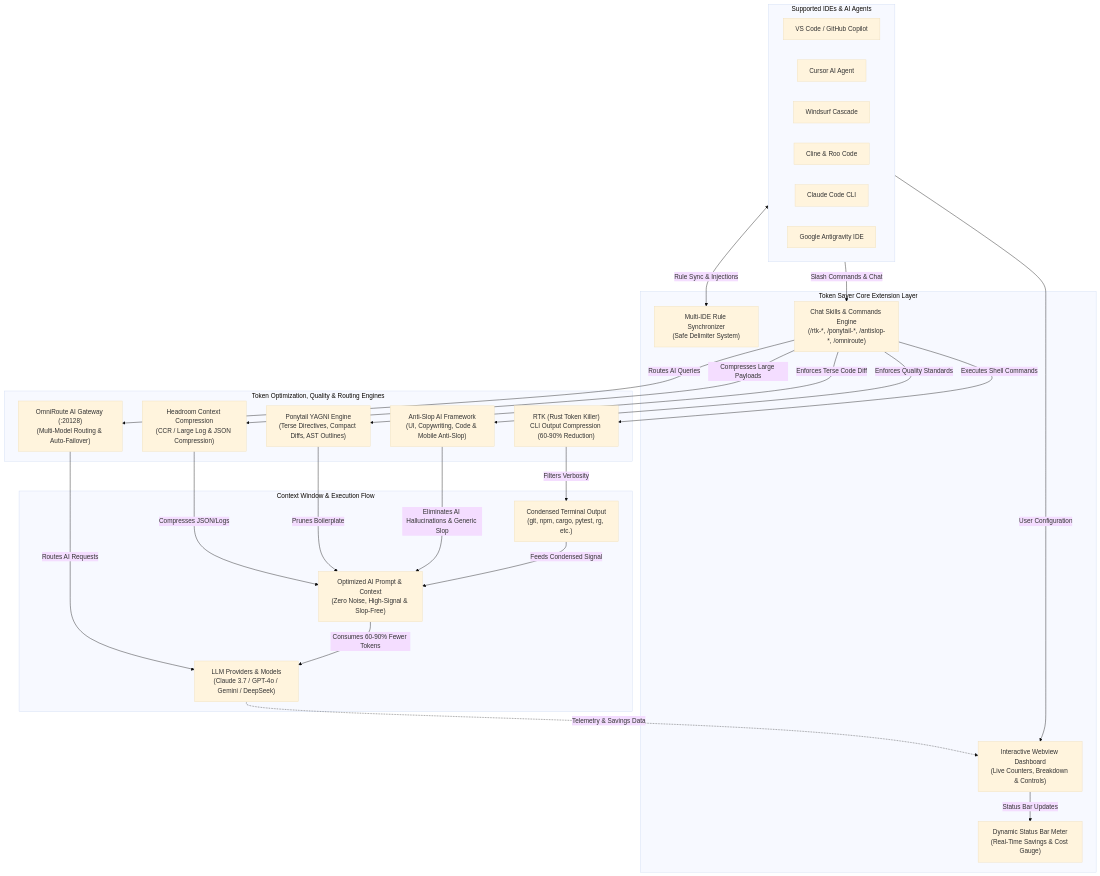
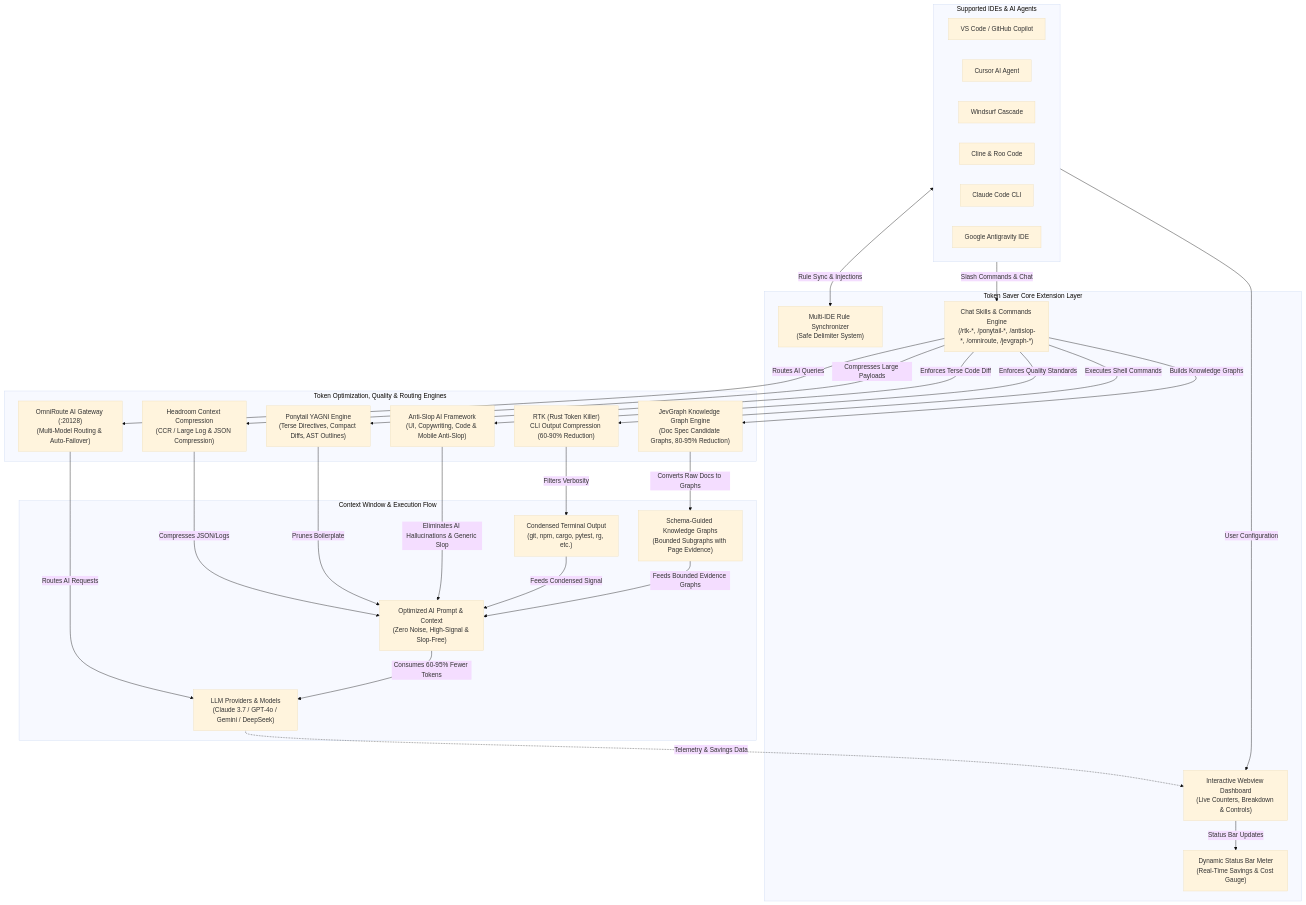
Before and after one commit to terenceooi99/token-saver-rtk-ide: the diagram in README.md, drawn with Mermaid (base theme). The commit also changed other lines of this file and 21 other files, not shown here.

Commit message:
feat: add JevGraph knowledge graph integration and modular service architecture for IDE token savings

````diff
--- a/README.md
+++ b/README.md
@@ -23,54 +23,59 @@
 ```mermaid
 flowchart TD
     subgraph IDEs ["Supported IDEs & AI Agents"]
         VSCode["VS Code / GitHub Copilot"]
         Cursor["Cursor AI Agent"]
         Windsurf["Windsurf Cascade"]
         ClineRoo["Cline & Roo Code"]
         Claude["Claude Code CLI"]
         Antigravity["Google Antigravity IDE"]
     end
 
     subgraph TokenSaver ["Token Saver Core Extension Layer"]
         RuleSync["Multi-IDE Rule Synchronizer<br/>(Safe Delimiter System)"]
         WebviewDash["Interactive Webview Dashboard<br/>(Live Counters, Breakdown & Controls)"]
         StatusBar["Dynamic Status Bar Meter<br/>(Real-Time Savings & Cost Gauge)"]
-        SlashSkills["Chat Skills & Commands Engine<br/>(/rtk-*, /ponytail-*, /antislop-*, /omniroute)"]
+        SlashSkills["Chat Skills & Commands Engine<br/>(/rtk-*, /ponytail-*, /antislop-*, /omniroute, /jevgraph-*)"]
     end
 
     subgraph OptimEngines ["Token Optimization, Quality & Routing Engines"]
         RTK["RTK (Rust Token Killer)<br/>CLI Output Compression (60-90% Reduction)"]
         Headroom["Headroom Context Compression<br/>(CCR / Large Log & JSON Compression)"]
         Ponytail["Ponytail YAGNI Engine<br/>(Terse Directives, Compact Diffs, AST Outlines)"]
         AntiSlop["Anti-Slop AI Framework<br/>(UI, Copywriting, Code & Mobile Anti-Slop)"]
         OmniRoute["OmniRoute AI Gateway (:20128)<br/>(Multi-Model Routing & Auto-Failover)"]
+        JevGraph["JevGraph Knowledge Graph Engine<br/>(Doc Spec Candidate Graphs, 80-95% Reduction)"]
     end
 
     subgraph ContextOptimization ["Context Window & Execution Flow"]
         TerminalOut["Condensed Terminal Output<br/>(git, npm, cargo, pytest, rg, etc.)"]
+        DocGraphs["Schema-Guided Knowledge Graphs<br/>(Bounded Subgraphs with Page Evidence)"]
         AgentPrompt["Optimized AI Prompt & Context<br/>(Zero Noise, High-Signal & Slop-Free)"]
         LLMModels["LLM Providers & Models<br/>(Claude 3.7 / GPT-4o / Gemini / DeepSeek)"]
     end
 
     %% Connections
     IDEs <-->|"Rule Sync & Injections"| RuleSync
     IDEs -->|"Slash Commands & Chat"| SlashSkills
     IDEs -->|"User Configuration"| WebviewDash
     WebviewDash -->|"Status Bar Updates"| StatusBar
 
     SlashSkills -->|"Executes Shell Commands"| RTK
     SlashSkills -->|"Compresses Large Payloads"| Headroom
     SlashSkills -->|"Enforces Terse Code Diff"| Ponytail
     SlashSkills -->|"Enforces Quality Standards"| AntiSlop
     SlashSkills -->|"Routes AI Queries"| OmniRoute
+    SlashSkills -->|"Builds Knowledge Graphs"| JevGraph
 
     RTK -->|"Filters Verbosity"| TerminalOut
+    JevGraph -->|"Converts Raw Docs to Graphs"| DocGraphs
     Headroom -->|"Compresses JSON/Logs"| AgentPrompt
     Ponytail -->|"Prunes Boilerplate"| AgentPrompt
     AntiSlop -->|"Eliminates AI Hallucinations & Generic Slop"| AgentPrompt
     OmniRoute -->|"Routes AI Requests"| LLMModels
 
     TerminalOut -->|"Feeds Condensed Signal"| AgentPrompt
-    AgentPrompt -->|"Consumes 60-90% Fewer Tokens"| LLMModels
+    DocGraphs -->|"Feeds Bounded Evidence Graphs"| AgentPrompt
+    AgentPrompt -->|"Consumes 60-95% Fewer Tokens"| LLMModels
     LLMModels -.->|"Telemetry & Savings Data"| WebviewDash
 ```
````
